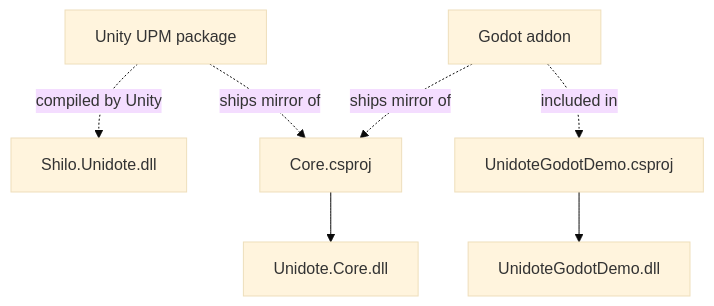
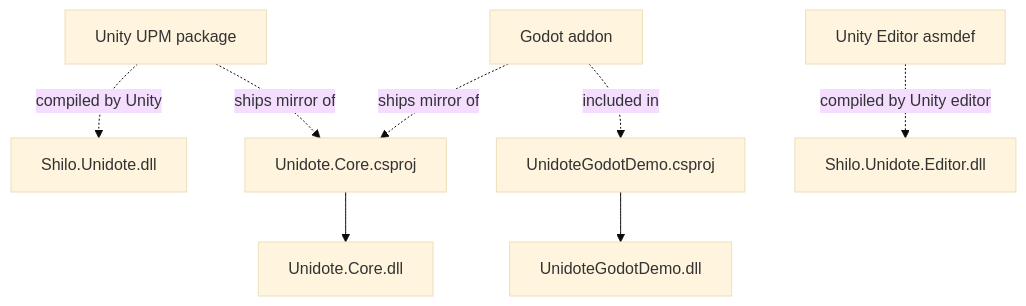
One commit to Shilo/unidote changed the second of 3 diagrams in docs/architecture.md. Above: the diagram before and after it, drawn with Mermaid (base theme). The commit also changed other lines of this file and 29 other files, not shown here.

````diff
--- a/docs/architecture.md
+++ b/docs/architecture.md
@@ -64,9 +81,10 @@
 ```mermaid
 flowchart TB
-    C[Core.csproj] --> CDll[Unidote.Core.dll]
+    C[Unidote.Core.csproj] --> CDll[Unidote.Core.dll]
     U[Unity UPM package] -. compiled by Unity .-> UAsm[Shilo.Unidote.dll]
+    UE[Unity Editor asmdef] -. compiled by Unity editor .-> UEAsm[Shilo.Unidote.Editor.dll]
     GP[UnidoteGodotDemo.csproj] --> GDll[UnidoteGodotDemo.dll]
     U -. ships mirror of .-> C
     GAddon[Godot addon] -. ships mirror of .-> C
     GAddon -. included in .-> GP
 ```
````
